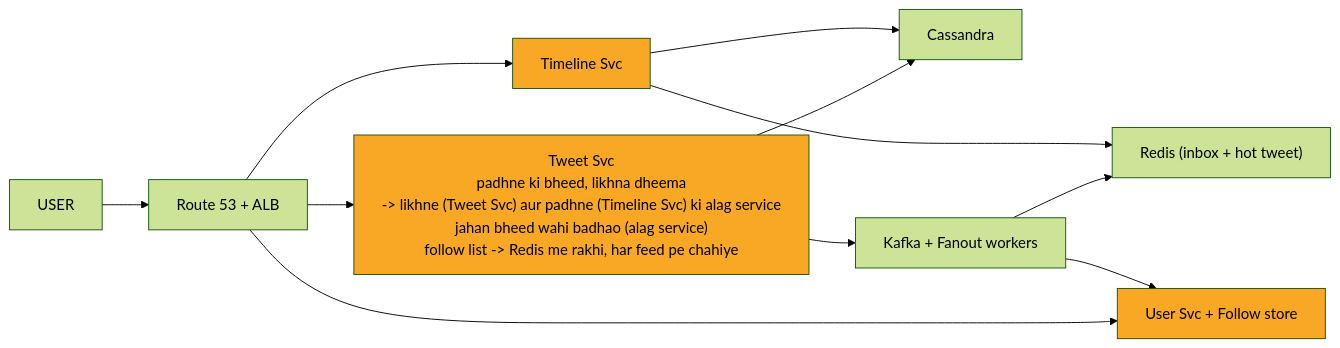
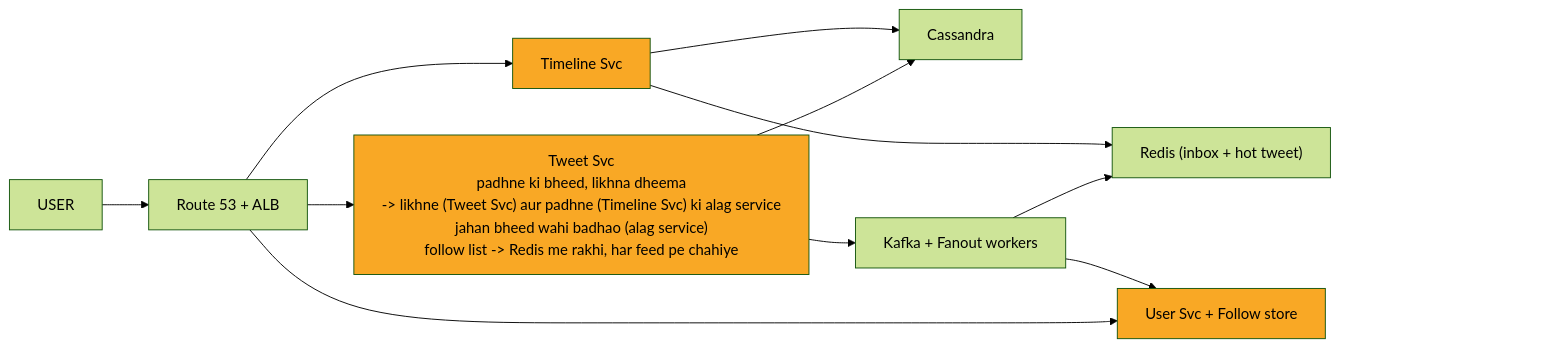
The tenth of 12 diagrams in 04_HLD/SYSTEM_DESIGNS/03_twitter_feed/03_twitter_feed.md (ArpanMaheshwari144/Prep), drawn with Mermaid (forest theme) before and after one commit. The commit also changed other lines of this file and 13 other files, not shown here.

Commit message:
hld 14 file: har diagram ke daayein andekha dabba, zoom button asli dabbe pe na aaye

````diff
--- a/04_HLD/SYSTEM_DESIGNS/03_twitter_feed/03_twitter_feed.md
+++ b/04_HLD/SYSTEM_DESIGNS/03_twitter_feed/03_twitter_feed.md
@@ -414,25 +441,28 @@
 ```mermaid
 %%{init: {"flowchart": {"wrappingWidth": 450}}}%%
 flowchart LR
     n_USER["USER"]
     n_EDGE["Route 53 + ALB"]
     n_Tweet_Svc["Tweet Svc<br/>padhne ki bheed, likhna dheema<br/>-> likhne (Tweet Svc) aur padhne (Timeline Svc) ki alag service<br/>jahan bheed wahi badhao (alag service)<br/>follow list -> Redis me rakhi, har feed pe chahiye"]
     n_Cassandra["Cassandra"]
     n_FAN["Kafka + Fanout workers"]
     n_RI["Redis (inbox + hot tweet)"]
     n_Timeline_Svc["Timeline Svc"]
     n_UG["User Svc + Follow store"]
     n_USER --> n_EDGE
     n_EDGE --> n_Tweet_Svc
     n_EDGE --> n_Timeline_Svc
     n_EDGE --> n_UG
     n_Tweet_Svc --> n_Cassandra
     n_Tweet_Svc --> n_FAN
     n_FAN --> n_RI
     n_Timeline_Svc --> n_RI
     n_Timeline_Svc --> n_Cassandra
     n_FAN --> n_UG
+    n_pad["xxxxxxxxxxxxxxxx"]
+    n_UG ~~~ n_pad
     style n_Tweet_Svc fill:#f9a825,color:#000
     style n_Timeline_Svc fill:#f9a825,color:#000
     style n_UG fill:#f9a825,color:#000
+    style n_pad fill:none,stroke:none,color:#ffffff00
 ```
````
